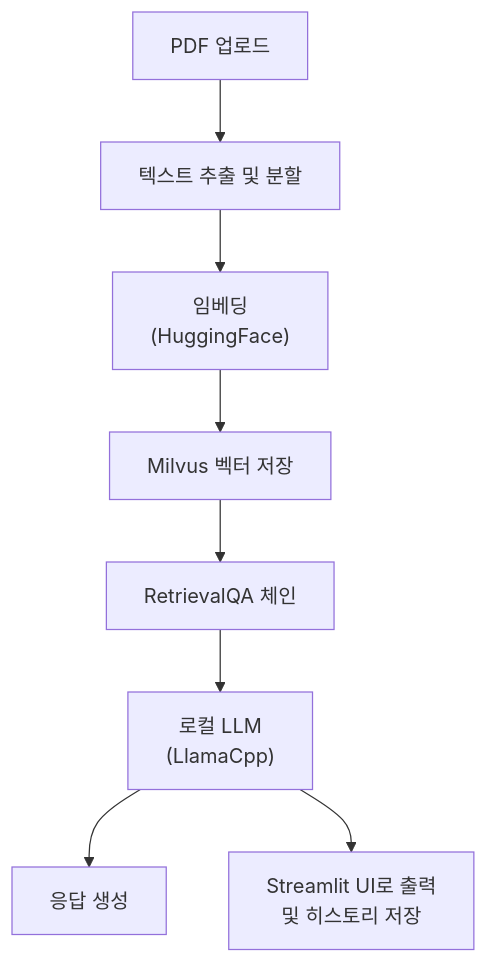
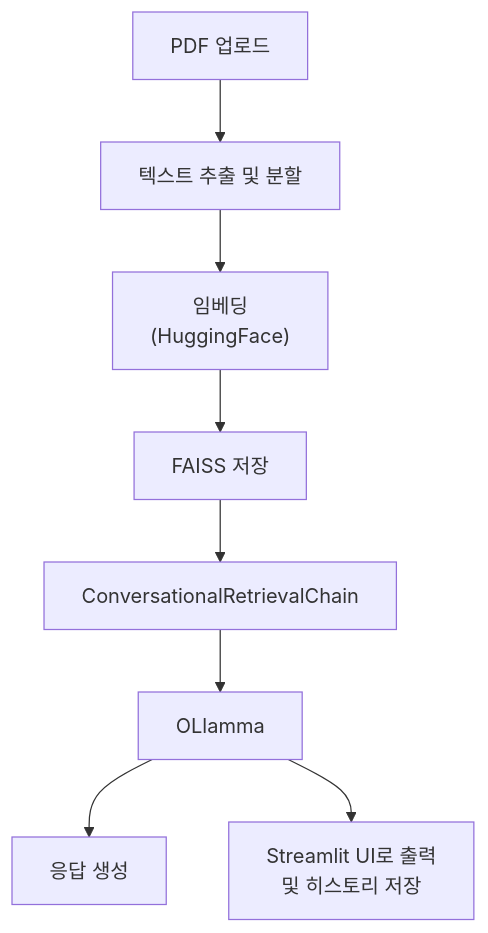
The diagram in temp/pdf_chat/README.md (jeongminia/datadrift_dataclinic), drawn with Mermaid before and after one commit. The commit also changed other lines of this file and 5 other files, not shown here.

````diff
--- a/temp/pdf_chat/README.md
+++ b/temp/pdf_chat/README.md
@@ -5,11 +5,11 @@
 ```mermaid
 graph TD
     A["PDF 업로드"] --> B["텍스트 추출 및 분할"]
     B --> C["임베딩<br>(HuggingFace)"]
-    C --> D["Milvus 벡터 저장"]
-    D --> E["RetrievalQA 체인"]
-    E --> F["로컬 LLM <br> (LlamaCpp)"]
+    C --> D["FAISS 저장"]
+    D --> E["ConversationalRetrievalChain"]
+    E --> F["OLlamma"]
     F --> H["응답 생성"]
     F --> G["Streamlit UI로 출력 <br> 및 히스토리 저장"]
 
 ```
````
